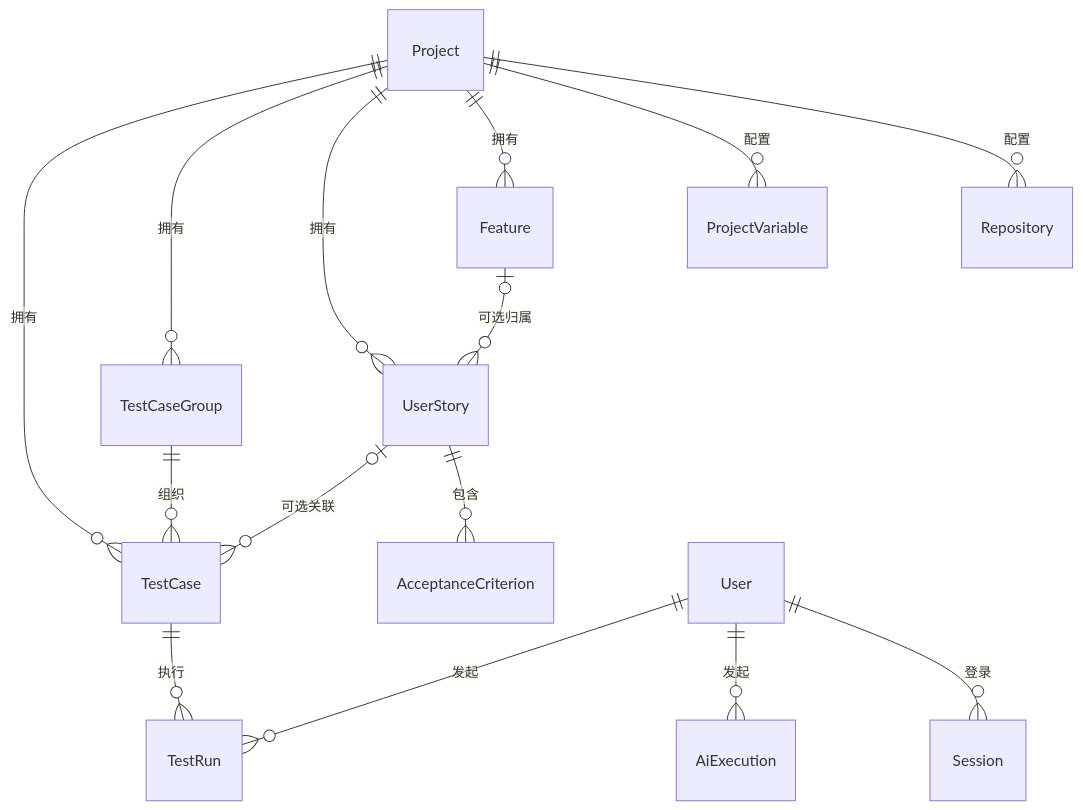
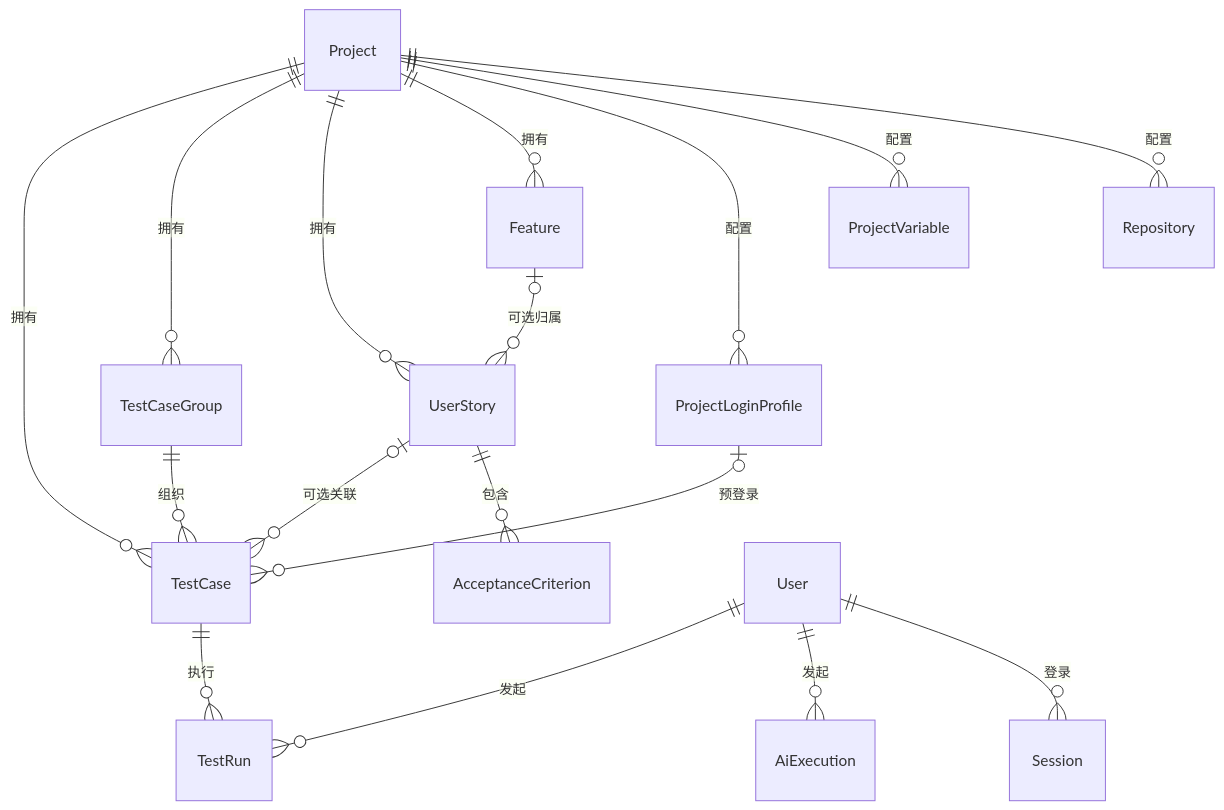
One commit to qianzgcn/spec-chain changed the fourth of 10 diagrams in docs/代码架构与运行机制.md. Above: the diagram before and after it, drawn with Mermaid. The commit also changed other lines of this file and 42 other files, not shown here.

````diff
--- a/docs/代码架构与运行机制.md
+++ b/docs/代码架构与运行机制.md
@@ -732,19 +737,21 @@
 ```mermaid
 erDiagram
   Project ||--o{ Repository : 配置
   Project ||--o{ ProjectVariable : 配置
+  Project ||--o{ ProjectLoginProfile : 配置
   Project ||--o{ Feature : 拥有
   Project ||--o{ UserStory : 拥有
   Project ||--o{ TestCaseGroup : 拥有
   Project ||--o{ TestCase : 拥有
 
   Feature o|--o{ UserStory : 可选归属
   UserStory ||--o{ AcceptanceCriterion : 包含
   UserStory o|--o{ TestCase : 可选关联
   TestCaseGroup ||--o{ TestCase : 组织
+  ProjectLoginProfile o|--o{ TestCase : 预登录
   TestCase ||--o{ TestRun : 执行
 
   User ||--o{ Session : 登录
   User ||--o{ AiExecution : 发起
   User ||--o{ TestRun : 发起
 ```
````
